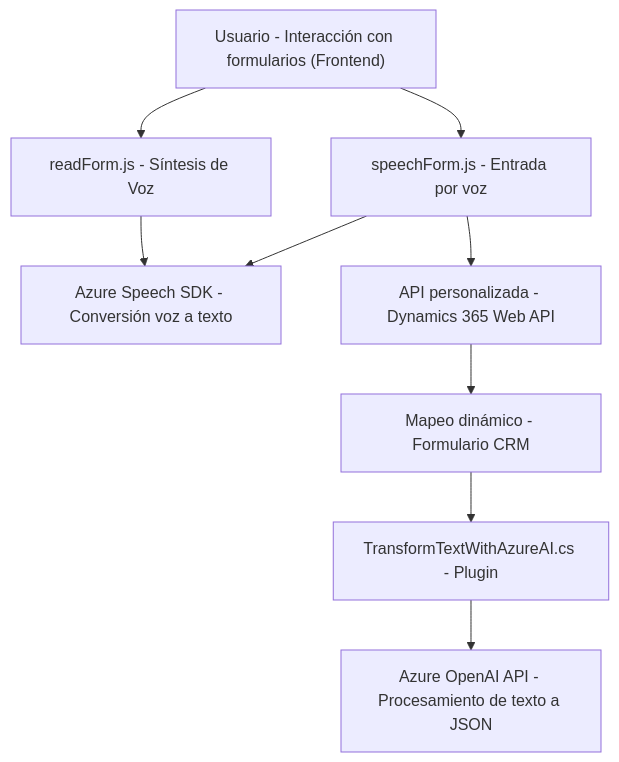
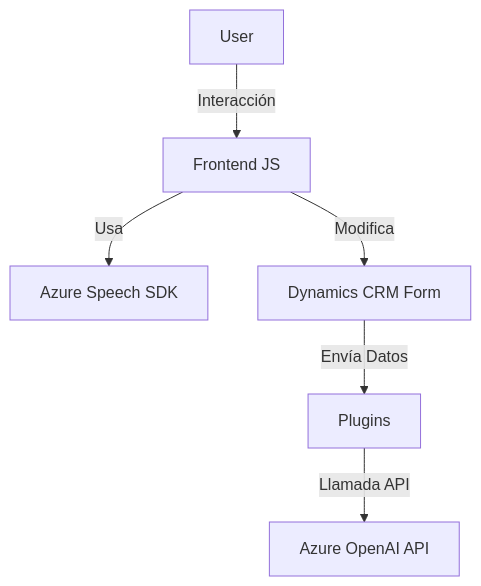
One commit to blopezdm/NETCORE_BILBAO2025 changed the diagram in README.md. Above: the diagram before and after it, drawn with Mermaid. The commit also changed other lines of this file, not shown here.

Commit message:
Actualizar análisis global de la solución con IA

````diff
--- a/README.md
+++ b/README.md
@@ -48,11 +56,8 @@
 ```mermaid
 graph TD
-    A["Usuario - Interacción con formularios (Frontend)"] --> B["readForm.js - Síntesis de Voz"]
-    A["Usuario - Interacción con formularios (Frontend)"] --> C["speechForm.js - Entrada por voz"]
-    B --> D["Azure Speech SDK - Conversión texto a voz"]
-    C --> D["Azure Speech SDK - Conversión voz a texto"]
-    C --> E["API personalizada - Dynamics 365 Web API"]
-    E --> F["Mapeo dinámico - Formulario CRM"]
-    F --> G["TransformTextWithAzureAI.cs - Plugin"]
-    G --> H["Azure OpenAI API - Procesamiento de texto a JSON"]
+    A["User"] -->|Interacción| B["Frontend JS"]
+    B -->|Usa| C["Azure Speech SDK"]
+    B -->|Modifica| D["Dynamics CRM Form"]
+    D -->|Envía Datos| E["Plugins"]
+    E -->|Llamada API| F["Azure OpenAI API"]
 ```
````
